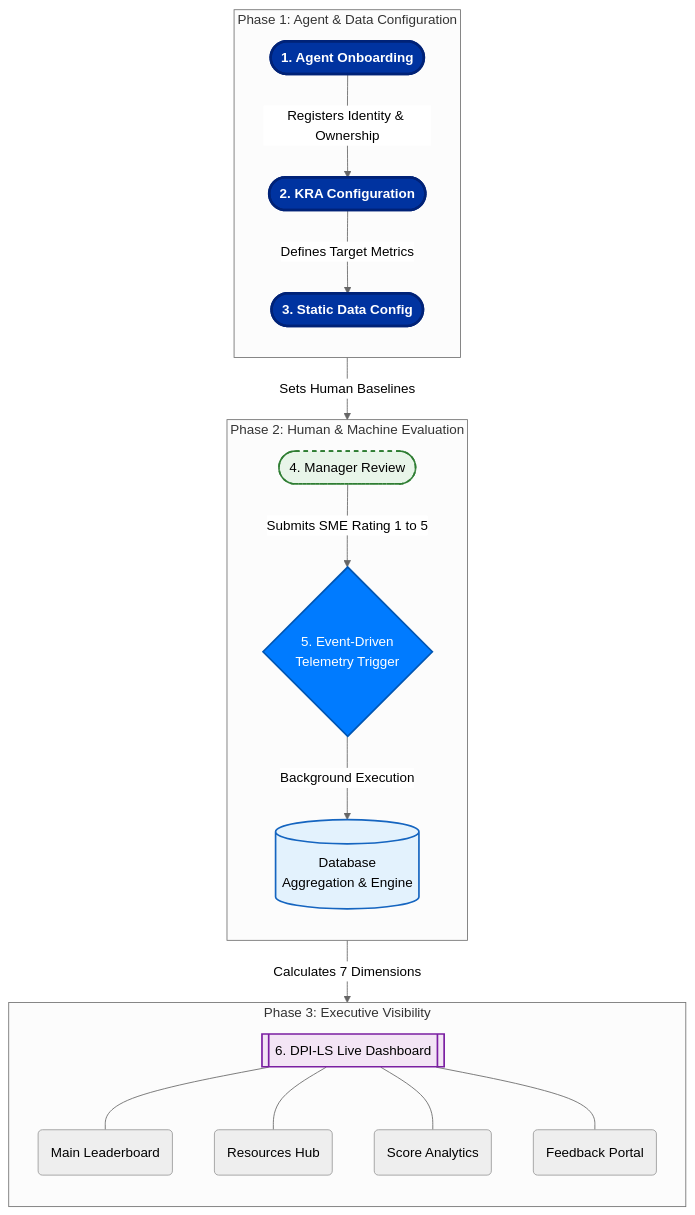
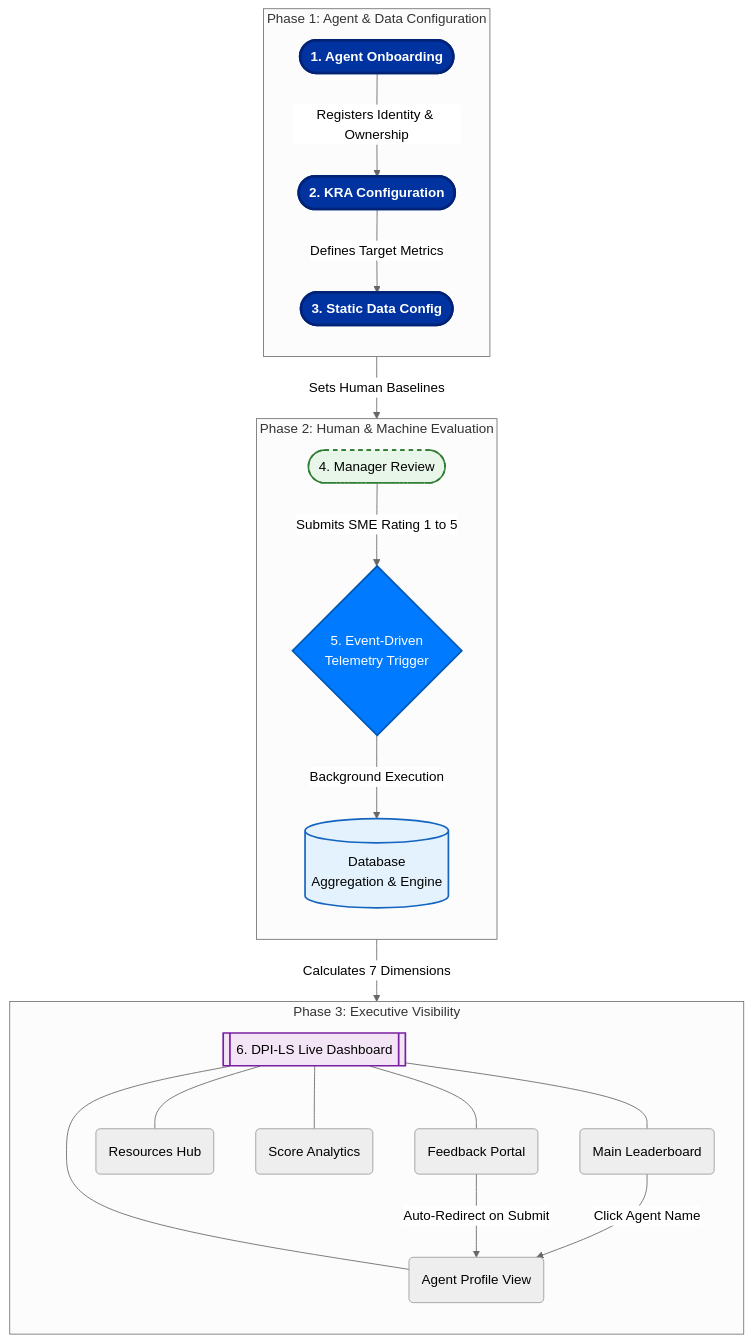
The diagram in dpi_ls_business_architecture.md (phanindraintelligenzit-afk/widget), drawn with Mermaid (neutral theme) before and after one commit. The commit also changed 19 other files, not shown here.

Commit message:
feat: complete UI workflow, auth fixes, and update business architecture

````diff
--- a/dpi_ls_business_architecture.md
+++ b/dpi_ls_business_architecture.md
@@ -5,47 +5,52 @@
 ```mermaid
 flowchart TD
     %% Define Global Styles
     classDef primary fill:#0033A0,stroke:#002277,stroke-width:3px,color:#ffffff,font-weight:bold,rx:10px,ry:10px;
     classDef secondary fill:#007BFF,stroke:#0056b3,stroke-width:2px,color:#ffffff,rx:8px,ry:8px;
     classDef database fill:#E3F2FD,stroke:#1565C0,stroke-width:2px,color:#000000;
     classDef dashboard fill:#F3E5F5,stroke:#7B1FA2,stroke-width:2px,color:#000000;
     classDef userAction fill:#E8F5E9,stroke:#2E7D32,stroke-width:2px,color:#000000,stroke-dasharray: 5 5;
     
     %% Main Nodes
     subgraph Phase 1: Preparation [Phase 1: Agent & Data Configuration]
         direction TB
         A([1. Agent Onboarding]):::primary
         B([2. KRA Configuration]):::primary
         C([3. Static Data Config]):::primary
     end
 
     subgraph Phase 2: Evaluation [Phase 2: Human & Machine Evaluation]
         direction TB
         D([4. Manager Review]):::userAction
         E{5. Event-Driven<br/>Telemetry Trigger}:::secondary
         F[(Database<br/>Aggregation & Engine)]:::database
     end
     
     subgraph Phase 3: Visibility [Phase 3: Executive Visibility]
         direction TB
         G[[6. DPI-LS Live Dashboard]]:::dashboard
         G1(Main Leaderboard)
         G2(Resources Hub)
         G3(Score Analytics)
         G4(Feedback Portal)
+        G5(Agent Profile View)
     end
 
     %% Connections
     A -->|Registers Identity & Ownership| B
     B -->|Defines Target Metrics| C
     C -->|Sets Human Baselines| D
     
     D -->|Submits SME Rating 1 to 5| E
     E -->|Background Execution| F
     F -->|Calculates 7 Dimensions| G
     
     G --- G1
     G --- G2
     G --- G3
     G --- G4
+    G --- G5
+    
+    G4 -->|Auto-Redirect on Submit| G5
+    G1 -->|Click Agent Name| G5
 ```
````
